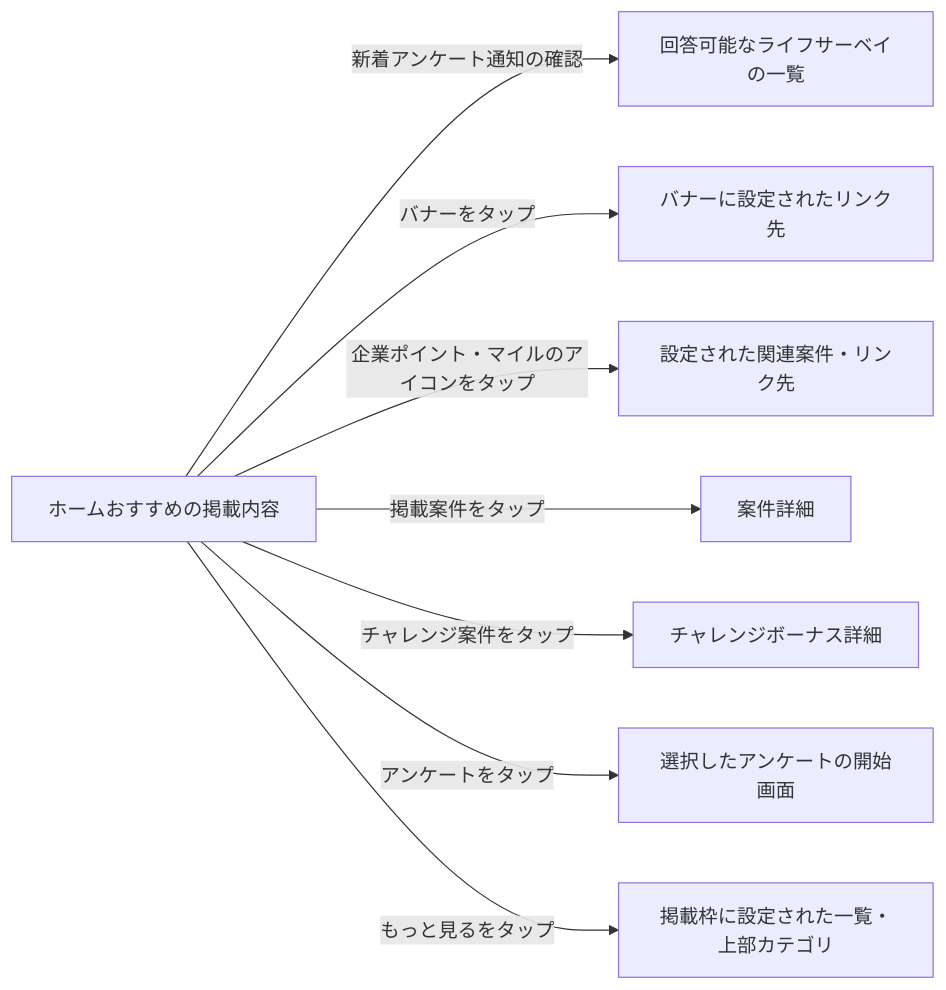
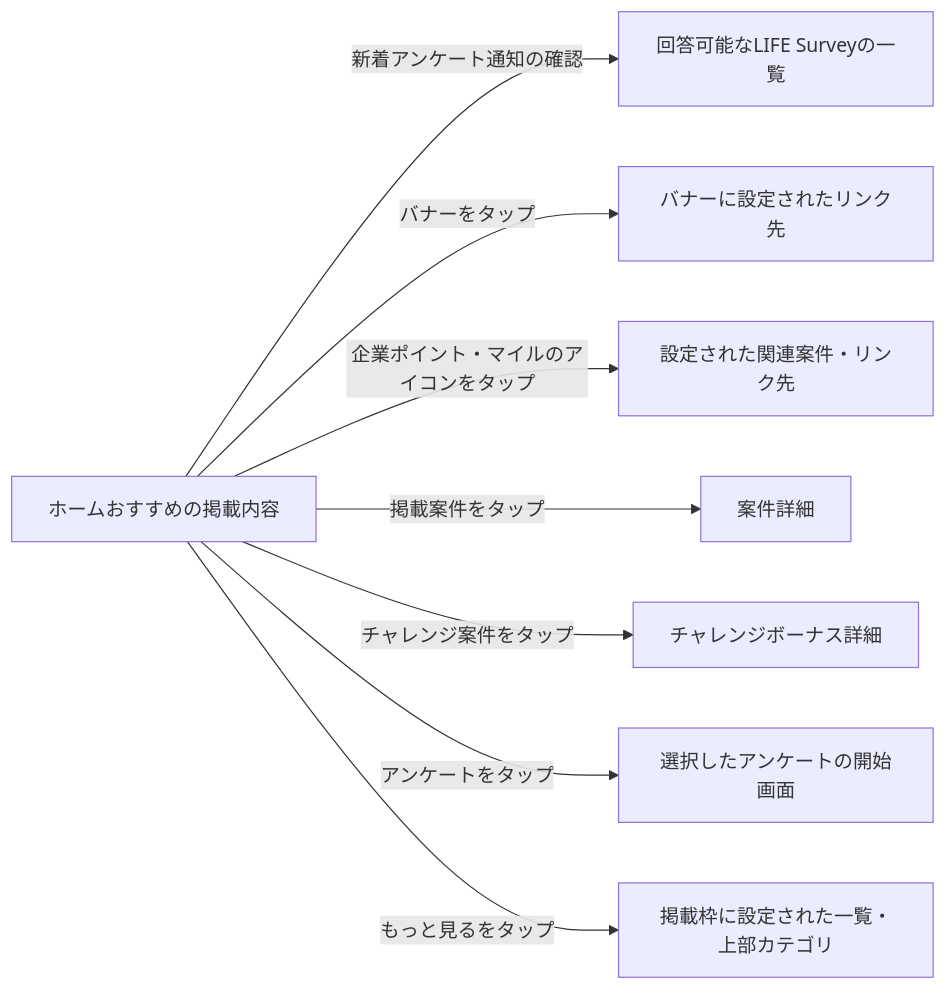
Before and after one commit to Min-Thu-Khant/pochipo-mock-en: the third of 5 diagrams in docs/prd/features/F02-home.md, drawn with Mermaid. The commit also changed other lines of this file, not shown here.

````diff
--- a/docs/prd/features/F02-home.md
+++ b/docs/prd/features/F02-home.md
@@ -138,11 +138,11 @@
 ```mermaid
 flowchart LR
   R["ホームおすすめの掲載内容"]
-  R -->|新着アンケート通知の確認| Q["回答可能なライフサーベイの一覧"]
+  R -->|新着アンケート通知の確認| Q["回答可能なLIFE Surveyの一覧"]
   R -->|バナーをタップ| L["バナーに設定されたリンク先"]
   R -->|企業ポイント・マイルのアイコンをタップ| E["設定された関連案件・リンク先"]
   R -->|掲載案件をタップ| O["案件詳細"]
   R -->|チャレンジ案件をタップ| B["チャレンジボーナス詳細"]
   R -->|アンケートをタップ| S["選択したアンケートの開始画面"]
   R -->|もっと見るをタップ| A["掲載枠に設定された一覧・上部カテゴリ"]
 ```
````
